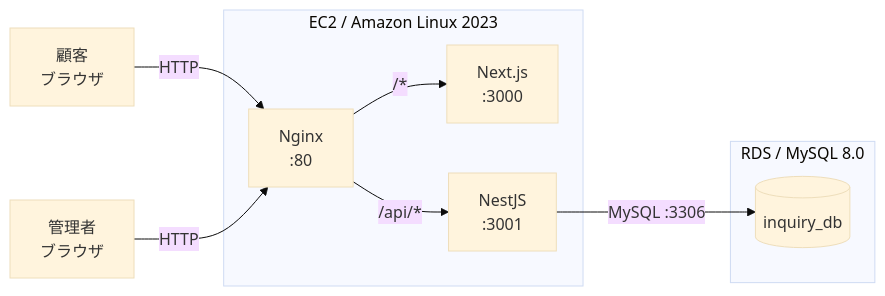
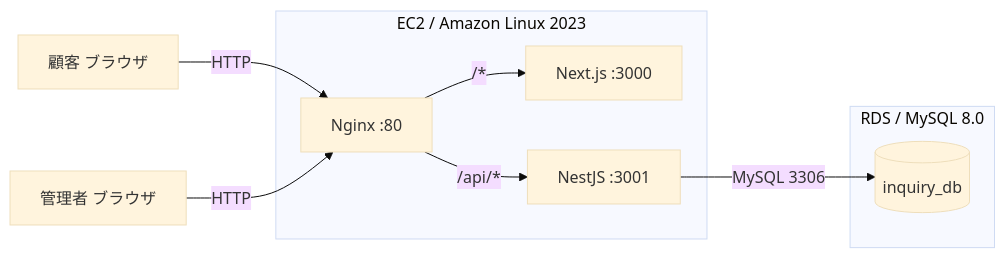
One commit to gitmrk2k6/InquiryManagement changed the first of 2 diagrams in README.md. Above: the diagram before and after it, drawn with Mermaid (base theme). The commit also changed other lines of this file, not shown here.

Commit message:
docs: 課題情報修正と Mermaid 構成図の構文を修正
- 課題名を「第3回課題」→「初級編最終課題」に修正
- subgraph ラベルをクォートで囲み GitHub での Mermaid レンダリング失敗を修正

````diff
--- a/README.md
+++ b/README.md
@@ -100,21 +100,21 @@
 ```mermaid
 graph LR
-    Customer[顧客<br/>ブラウザ]
-    Admin[管理者<br/>ブラウザ]
+    Customer[顧客 ブラウザ]
+    Admin[管理者 ブラウザ]
 
-    subgraph EC2[EC2 / Amazon Linux 2023]
-        Nginx[Nginx<br/>:80]
-        Next[Next.js<br/>:3000]
-        Nest[NestJS<br/>:3001]
+    subgraph EC2["EC2 / Amazon Linux 2023"]
+        Nginx["Nginx :80"]
+        Next["Next.js :3000"]
+        Nest["NestJS :3001"]
     end
 
-    subgraph RDS[RDS / MySQL 8.0]
+    subgraph RDS["RDS / MySQL 8.0"]
         DB[(inquiry_db)]
     end
 
     Customer -->|HTTP| Nginx
     Admin -->|HTTP| Nginx
-    Nginx -->|"/api/*"| Nest
-    Nginx -->|"/*"| Next
-    Nest -->|MySQL :3306| DB
+    Nginx -->|/api/*| Nest
+    Nginx -->|/*| Next
+    Nest -->|MySQL 3306| DB
 ```
````
